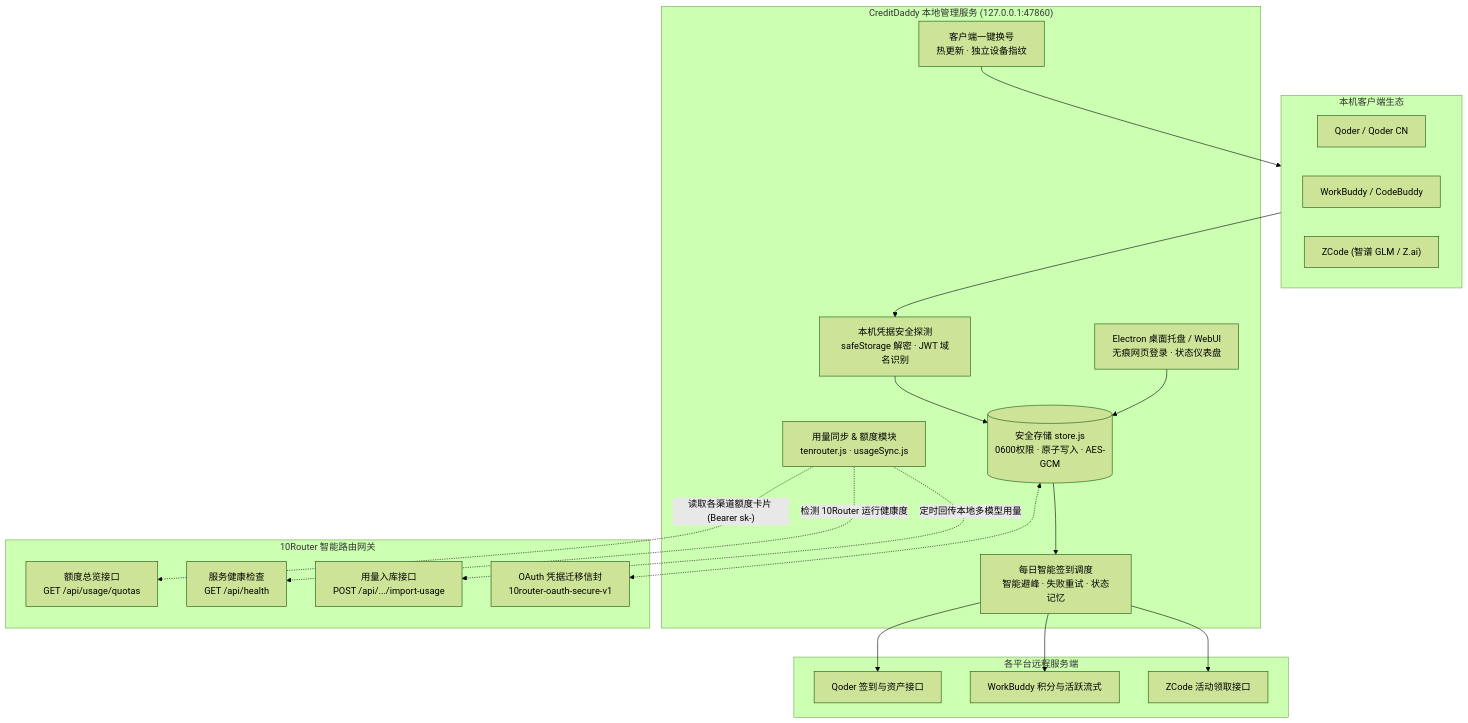
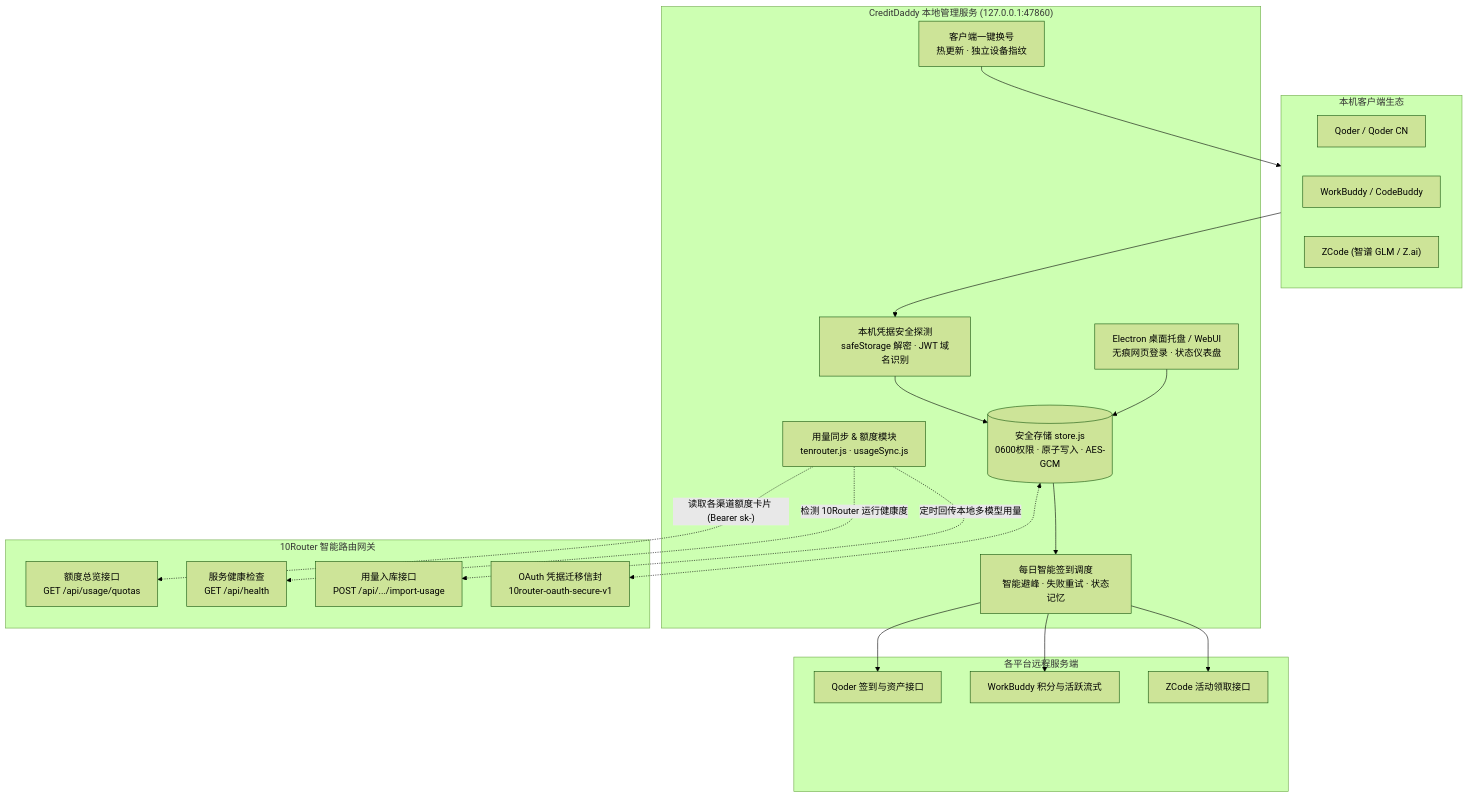
The diagram in README.md (techysy/CreditDaddy), drawn with Mermaid (forest theme) before and after one commit.

Commit message:
docs: 为架构图右下角增加透明占位垫片，避让 GitHub 浮动导航控制栏

````diff
--- a/README.md
+++ b/README.md
@@ -48,45 +48,49 @@
 ```mermaid
 flowchart TD
     subgraph Clients["本机客户端生态"]
         Q["Qoder / Qoder CN"]
         W["WorkBuddy / CodeBuddy"]
         Z["ZCode (智谱 GLM / Z.ai)"]
     end
 
     subgraph CD["CreditDaddy 本地管理服务 (127.0.0.1:47860)"]
         DETECT["本机凭据安全探测<br/>safeStorage 解密 · JWT 域名识别"]
         SCHED["每日智能签到调度<br/>智能避峰 · 失败重试 · 状态记忆"]
         SWITCH["客户端一键换号<br/>热更新 · 独立设备指纹"]
         STORE[("安全存储 store.js<br/>0600权限 · 原子写入 · AES-GCM")]
         SYNC["用量同步 & 额度模块<br/>tenrouter.js · usageSync.js"]
         WEB["Electron 桌面托盘 / WebUI<br/>无痕网页登录 · 状态仪表盘"]
     end
 
     subgraph TR["10Router 智能路由网关"]
         QUOTA["额度总览接口<br/>GET /api/usage/quotas"]
         HEALTH["服务健康检查<br/>GET /api/health"]
         IMPORT["用量入库接口<br/>POST /api/.../import-usage"]
         OAUTH["OAuth 凭据迁移信封<br/>10router-oauth-secure-v1"]
     end
 
     subgraph Cloud["各平台远程服务端"]
         QP["Qoder 签到与资产接口"]
         WP["WorkBuddy 积分与活跃流式"]
         ZP["ZCode 活动领取接口"]
+        PAD["&nbsp;<br/>&nbsp;"]
     end
 
     Clients --> DETECT
     DETECT --> STORE
     STORE --> SCHED
     SCHED --> QP
     SCHED --> WP
     SCHED --> ZP
+    ZP ~~~ PAD
     SWITCH --> Clients
 
     SYNC -. "读取各渠道额度卡片 (Bearer sk-)" .-> QUOTA
     SYNC -. "检测 10Router 运行健康度" .-> HEALTH
     SYNC -. "定时回传本地多模型用量" .-> IMPORT
     STORE <-.-> OAUTH
 
     WEB --> STORE
+
+    style PAD fill:transparent,stroke:none,color:transparent
 ```
````
